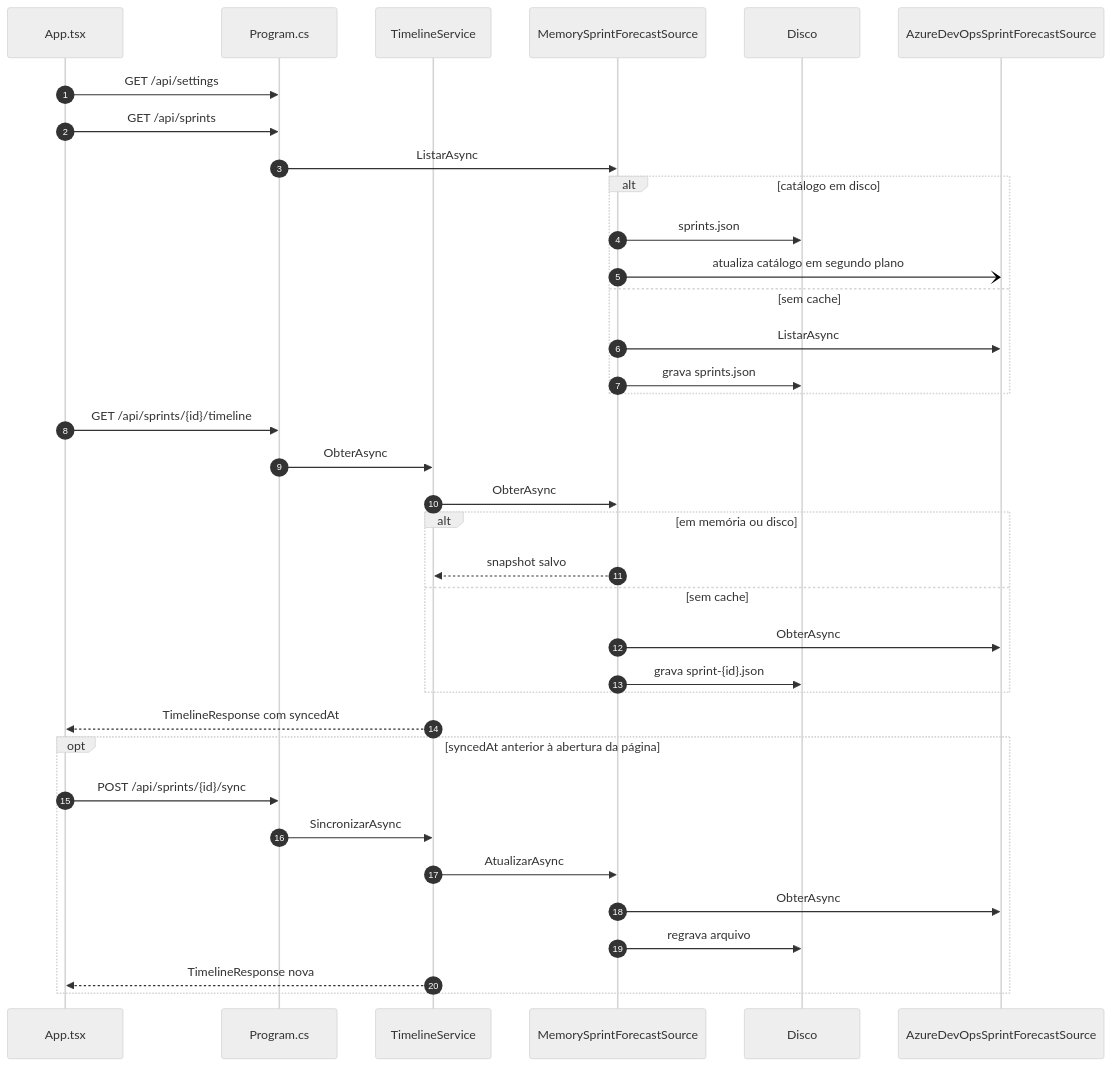
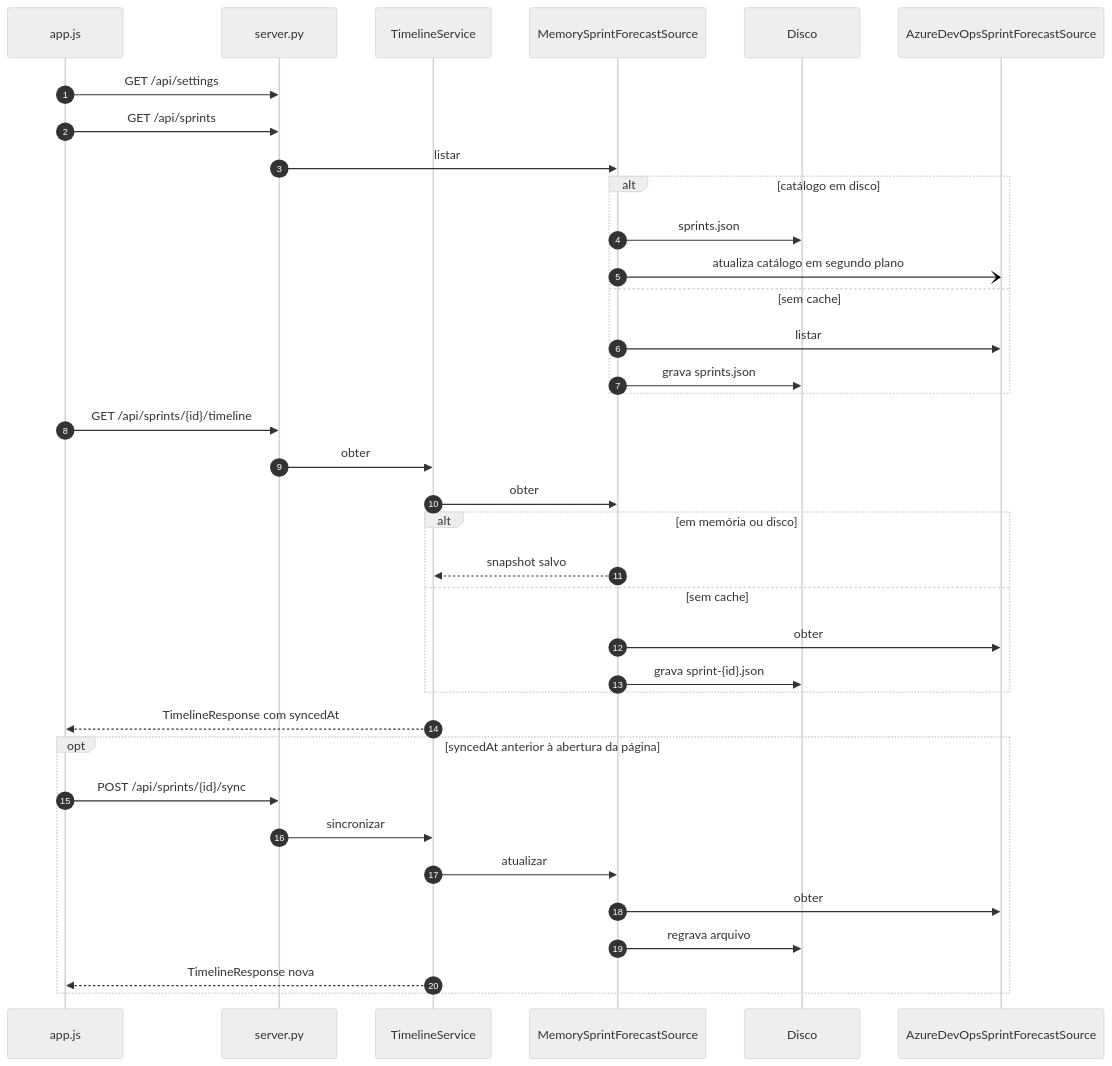
Before and after one commit to alepspizzetti/SprintFlow: the third of 7 diagrams in .docs/ARQUITETURA.md, drawn with Mermaid (neutral theme). The commit also changed other lines of this file and 54 other files, not shown here.

````diff
--- a/.docs/ARQUITETURA.md
+++ b/.docs/ARQUITETURA.md
@@ -136,38 +137,38 @@
 ```mermaid
 sequenceDiagram
   autonumber
-  participant T as App.tsx
-  participant A as Program.cs
+  participant T as app.js
+  participant A as server.py
   participant S as TimelineService
   participant M as MemorySprintForecastSource
   participant D as Disco
   participant Z as AzureDevOpsSprintForecastSource
   T->>A: GET /api/settings
   T->>A: GET /api/sprints
-  A->>M: ListarAsync
+  A->>M: listar
   alt catálogo em disco
     M->>D: sprints.json
     M-)Z: atualiza catálogo em segundo plano
   else sem cache
-    M->>Z: ListarAsync
+    M->>Z: listar
     M->>D: grava sprints.json
   end
   T->>A: GET /api/sprints/{id}/timeline
-  A->>S: ObterAsync
-  S->>M: ObterAsync
+  A->>S: obter
+  S->>M: obter
   alt em memória ou disco
     M-->>S: snapshot salvo
   else sem cache
-    M->>Z: ObterAsync
+    M->>Z: obter
     M->>D: grava sprint-{id}.json
   end
   S-->>T: TimelineResponse com syncedAt
   opt syncedAt anterior à abertura da página
     T->>A: POST /api/sprints/{id}/sync
-    A->>S: SincronizarAsync
-    S->>M: AtualizarAsync
-    M->>Z: ObterAsync
+    A->>S: sincronizar
+    S->>M: atualizar
+    M->>Z: obter
     M->>D: regrava arquivo
     S-->>T: TimelineResponse nova
   end
 ```
````
